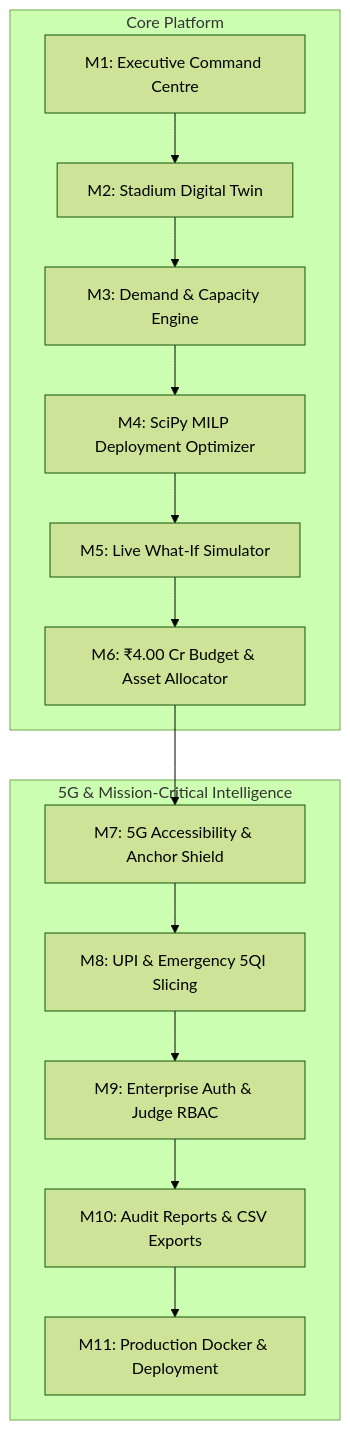
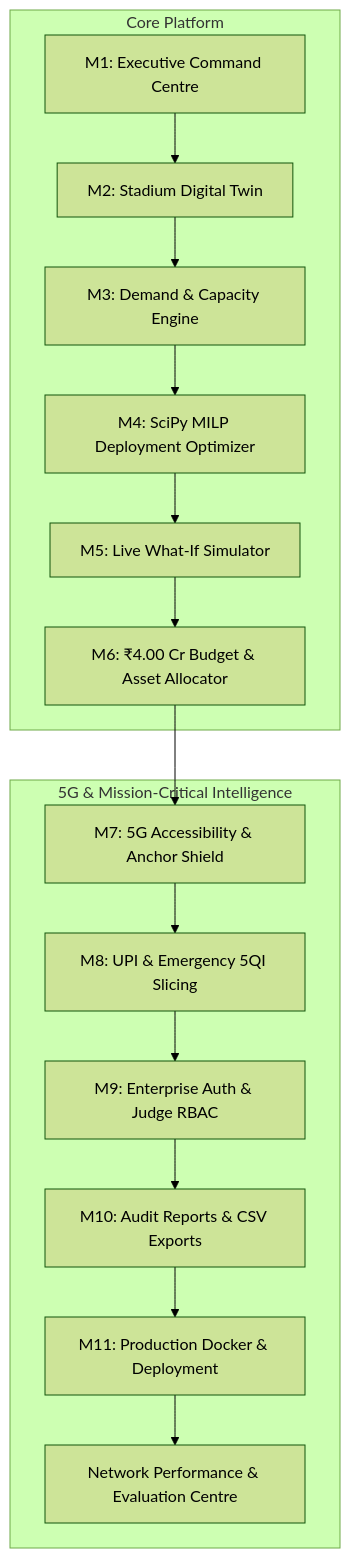
Before and after one commit to astha-2004-code/airtel-stadium360: the diagram in README.md, drawn with Mermaid (forest theme). The commit also changed other lines of this file and 17 other files, not shown here.

Commit message:
feat(evaluation): implement network performance evaluation centre

````diff
--- a/README.md
+++ b/README.md
@@ -46,22 +46,23 @@
 ```mermaid
 graph TD
     subgraph Core Platform
         M1["M1: Executive Command Centre"]
         M2["M2: Stadium Digital Twin"]
         M3["M3: Demand & Capacity Engine"]
         M4["M4: SciPy MILP Deployment Optimizer"]
         M5["M5: Live What-If Simulator"]
         M6["M6: ₹4.00 Cr Budget & Asset Allocator"]
     end
 
     subgraph 5G & Mission-Critical Intelligence
         M7["M7: 5G Accessibility & Anchor Shield"]
         M8["M8: UPI & Emergency 5QI Slicing"]
         M9["M9: Enterprise Auth & Judge RBAC"]
         M10["M10: Audit Reports & CSV Exports"]
         M11["M11: Production Docker & Deployment"]
+        EVAL["Network Performance & Evaluation Centre"]
     end
 
     M1 --> M2 --> M3 --> M4 --> M5 --> M6
-    M6 --> M7 --> M8 --> M9 --> M10 --> M11
+    M6 --> M7 --> M8 --> M9 --> M10 --> M11 --> EVAL
 ```
````
